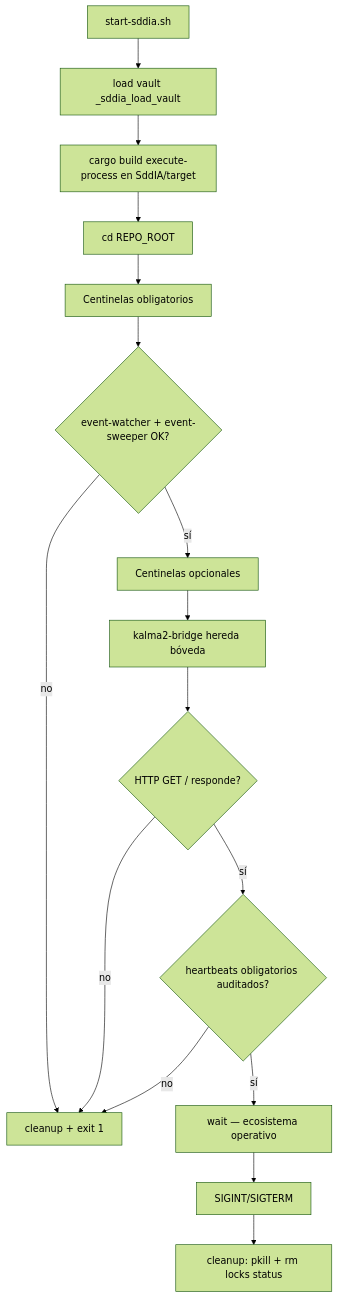
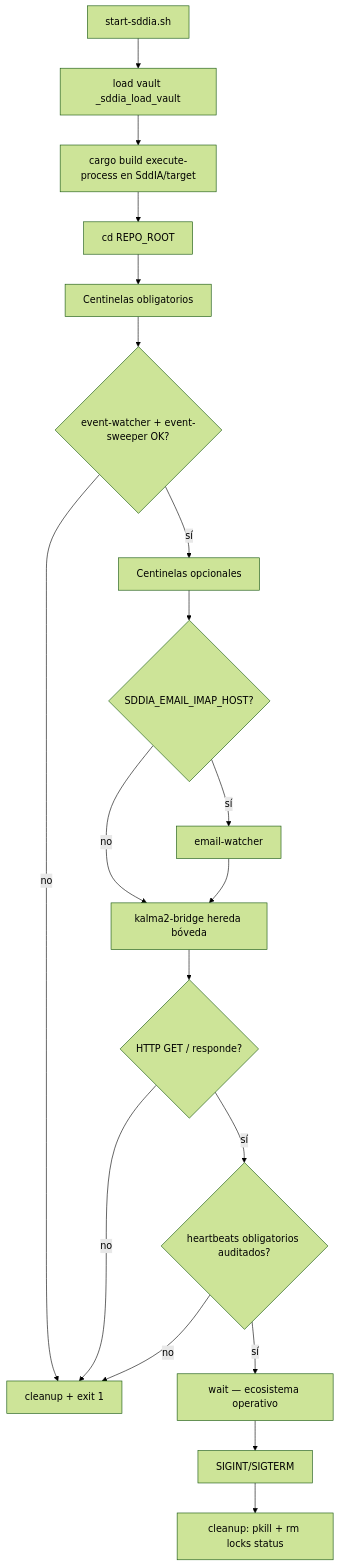
One commit to racso80es/SddIA changed the diagram in start-sddia.md. Above: the diagram before and after it, drawn with Mermaid (forest theme). The commit also changed other lines of this file and 49 other files, not shown here.

````diff
--- a/start-sddia.md
+++ b/start-sddia.md
@@ -33,18 +36,21 @@
 ```mermaid
 flowchart TD
     A[start-sddia.sh] --> V[load vault _sddia_load_vault]
     V --> O[cargo build execute-process en SddIA/target]
     O --> B[cd REPO_ROOT]
     B --> C[Centinelas obligatorios]
     C --> D{event-watcher + event-sweeper OK?}
     D -->|no| X[cleanup + exit 1]
     D -->|sí| E[Centinelas opcionales]
-    E --> F[kalma2-bridge hereda bóveda]
+    E --> EW{SDDIA_EMAIL_IMAP_HOST?}
+    EW -->|sí| EWA[email-watcher]
+    EW -->|no| F[kalma2-bridge hereda bóveda]
+    EWA --> F
     F --> G{HTTP GET / responde?}
     G -->|no| X
     G -->|sí| HB{heartbeats obligatorios auditados?}
     HB -->|no| X
     HB -->|sí| H[wait — ecosistema operativo]
     H --> I[SIGINT/SIGTERM]
     I --> J[cleanup: pkill + rm locks status]
 ```
````
